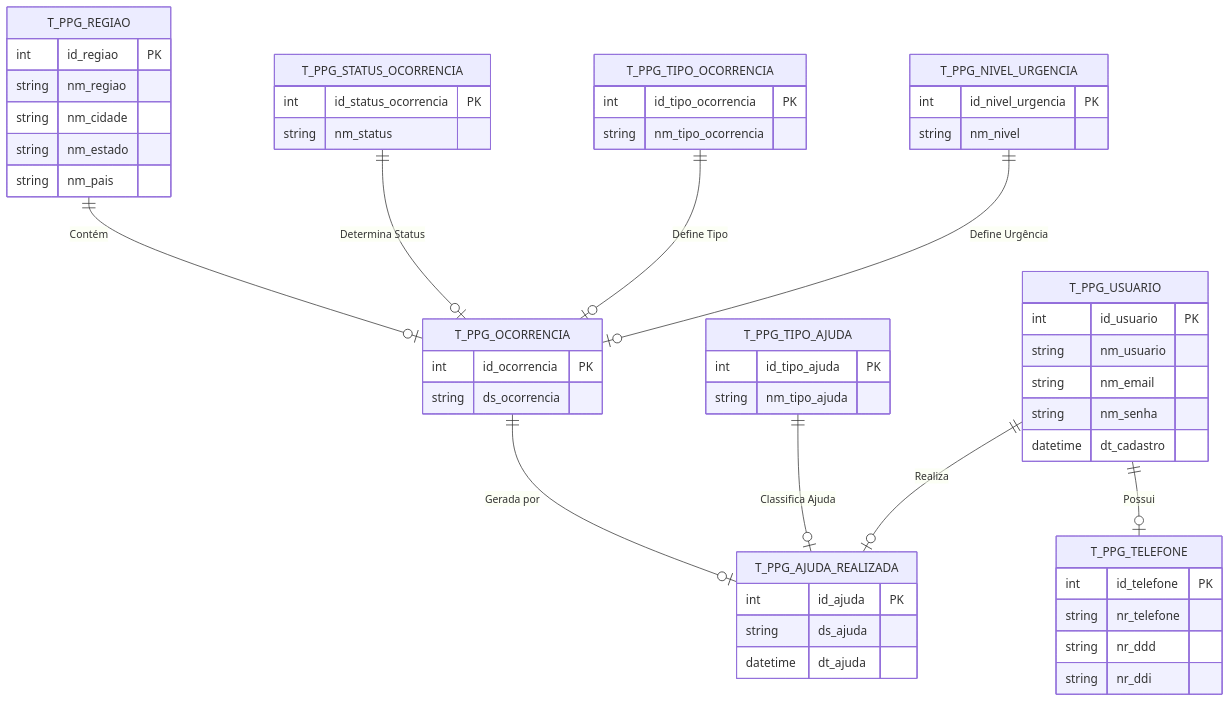
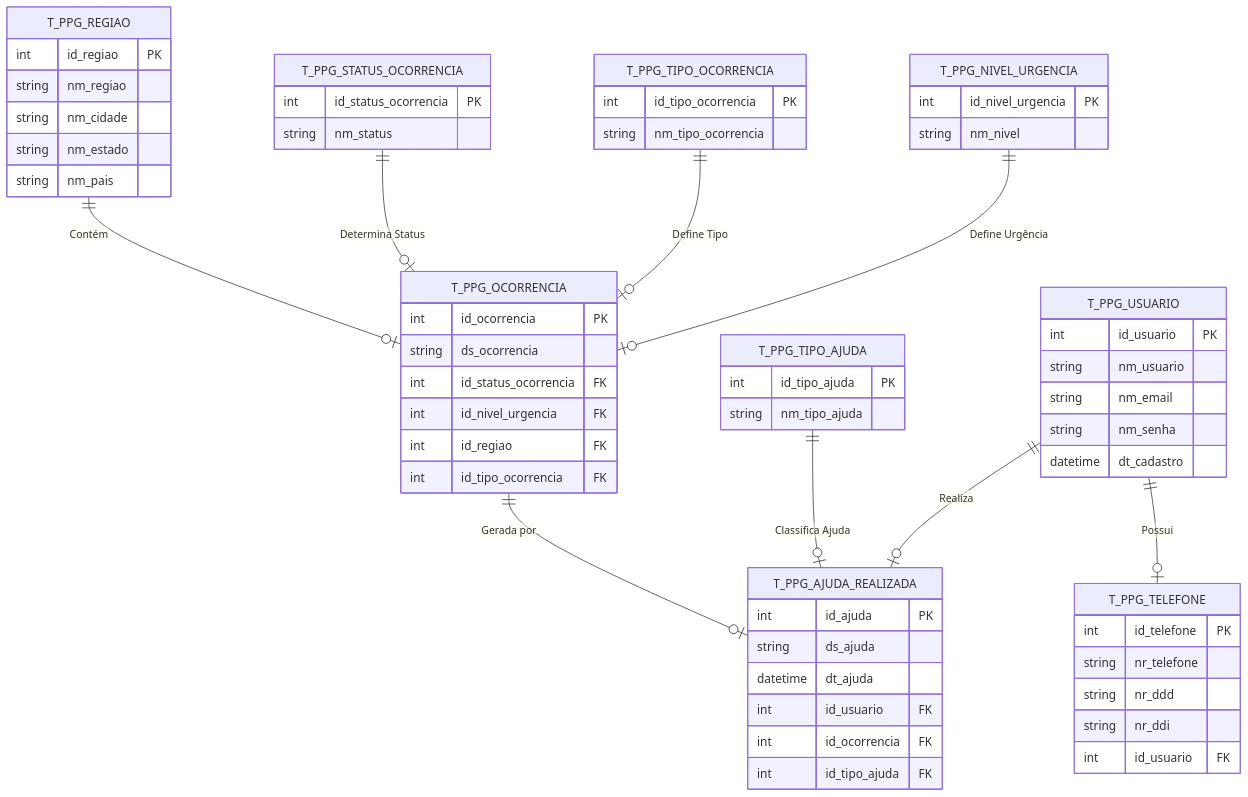
Before and after one commit to dudatiemiak/RedePapagaioWebApplication: the diagram in README.md, drawn with Mermaid. The commit also changed other lines of this file, not shown here.

````diff
--- a/README.md
+++ b/README.md
@@ -33,65 +33,73 @@
 ```mermaid
 erDiagram
     T_PPG_REGIAO {
         int id_regiao PK
         string nm_regiao
         string nm_cidade
         string nm_estado
         string nm_pais
     }
 
     T_PPG_OCORRENCIA {
         int id_ocorrencia PK
         string ds_ocorrencia
+        int id_status_ocorrencia FK
+        int id_nivel_urgencia FK
+        int id_regiao FK
+        int id_tipo_ocorrencia FK
     }
 
     T_PPG_AJUDA_REALIZADA {
         int id_ajuda PK
         string ds_ajuda
         datetime dt_ajuda
+        int id_usuario FK
+        int id_ocorrencia FK
+        int id_tipo_ajuda FK
     }
 
     T_PPG_STATUS_OCORRENCIA {
         int id_status_ocorrencia PK
         string nm_status
     }
 
     T_PPG_TIPO_OCORRENCIA {
         int id_tipo_ocorrencia PK
         string nm_tipo_ocorrencia
     }
 
     T_PPG_NIVEL_URGENCIA {
         int id_nivel_urgencia PK
         string nm_nivel
     }
 
     T_PPG_TIPO_AJUDA {
         int id_tipo_ajuda PK
         string nm_tipo_ajuda
     }
 
     T_PPG_USUARIO {
         int id_usuario PK
         string nm_usuario
         string nm_email
         string nm_senha
         datetime dt_cadastro
     }
 
     T_PPG_TELEFONE {
         int id_telefone PK
         string nr_telefone
         string nr_ddd
         string nr_ddi
+        int id_usuario FK
     }
 
     T_PPG_REGIAO ||--o| T_PPG_OCORRENCIA : "Contém"
     T_PPG_OCORRENCIA ||--o| T_PPG_AJUDA_REALIZADA : "Gerada por"
     T_PPG_STATUS_OCORRENCIA ||--o| T_PPG_OCORRENCIA : "Determina Status"
     T_PPG_TIPO_OCORRENCIA ||--o| T_PPG_OCORRENCIA : "Define Tipo"
     T_PPG_NIVEL_URGENCIA ||--o| T_PPG_OCORRENCIA : "Define Urgência"
     T_PPG_TIPO_AJUDA ||--o| T_PPG_AJUDA_REALIZADA : "Classifica Ajuda"
     T_PPG_USUARIO ||--o| T_PPG_AJUDA_REALIZADA : "Realiza"
     T_PPG_USUARIO ||--o| T_PPG_TELEFONE : "Possui"
 ```
````
